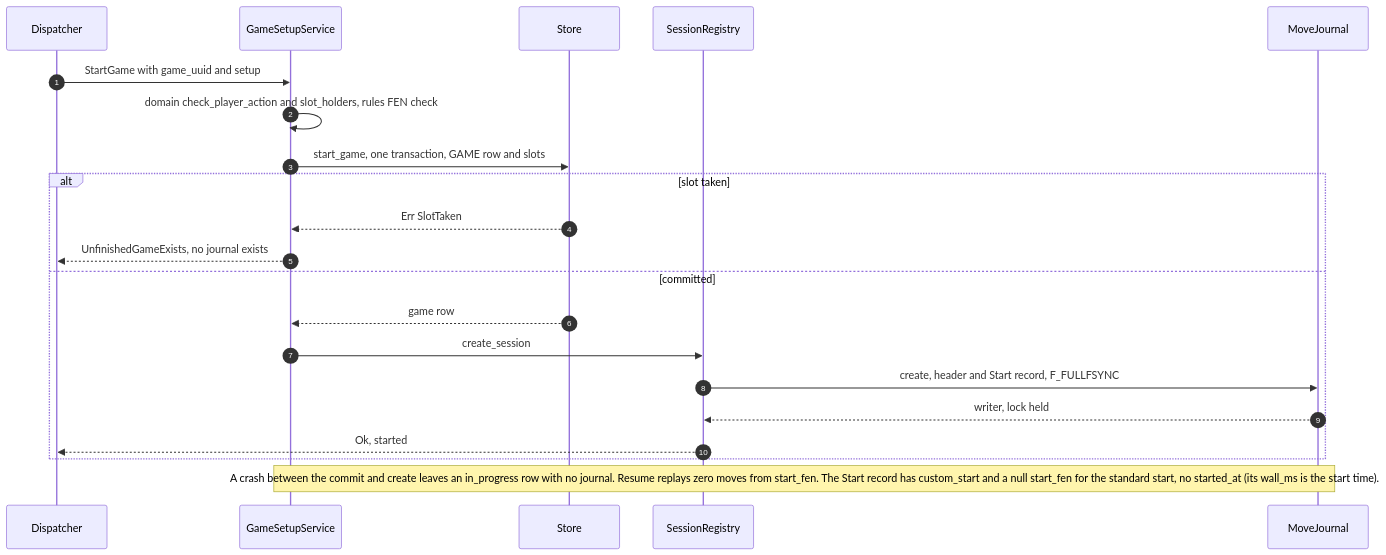
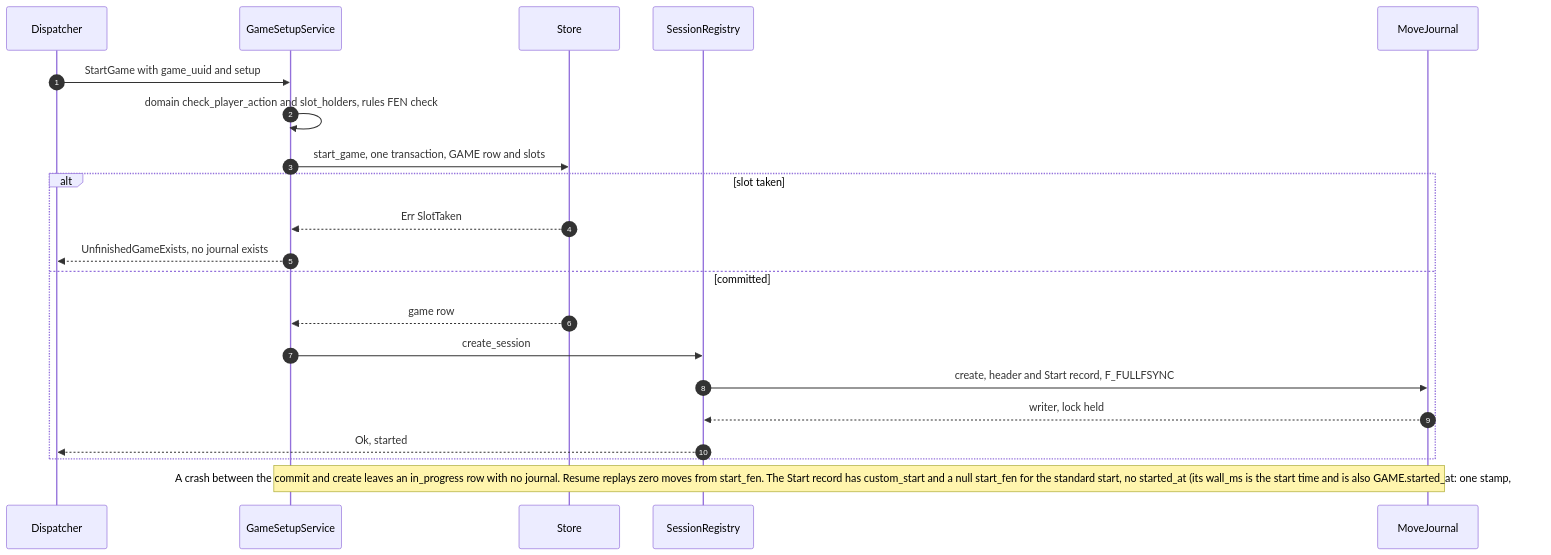
Diagram 11 of 15 in docs/design/SDD-chess-app.md (bprascher/chess), drawn with Mermaid before and after one commit. The commit also changed other lines of this file and 16 other files, not shown here.

````diff
--- a/docs/design/SDD-chess-app.md
+++ b/docs/design/SDD-chess-app.md
@@ -709,23 +709,23 @@
 ```mermaid
 sequenceDiagram
     autonumber
     participant D as Dispatcher
     participant GS as GameSetupService
     participant ST as Store
     participant RG as SessionRegistry
     participant J as MoveJournal
     D->>GS: StartGame with game_uuid and setup
     GS->>GS: domain check_player_action and slot_holders, rules FEN check
     GS->>ST: start_game, one transaction, GAME row and slots
     alt slot taken
         ST-->>GS: Err SlotTaken
         GS-->>D: UnfinishedGameExists, no journal exists
     else committed
         ST-->>GS: game row
         GS->>RG: create_session
         RG->>J: create, header and Start record, F_FULLFSYNC
         J-->>RG: writer, lock held
         RG-->>D: Ok, started
     end
-    Note over GS,J: A crash between the commit and create leaves an in_progress row with no journal. Resume replays zero moves from start_fen. The Start record has custom_start and a null start_fen for the standard start, no started_at (its wall_ms is the start time).
+    Note over GS,J: A crash between the commit and create leaves an in_progress row with no journal. Resume replays zero moves from start_fen. The Start record has custom_start and a null start_fen for the standard start, no started_at (its wall_ms is the start time and is also GAME.started_at: one stamp, D-84).
 ```
````
